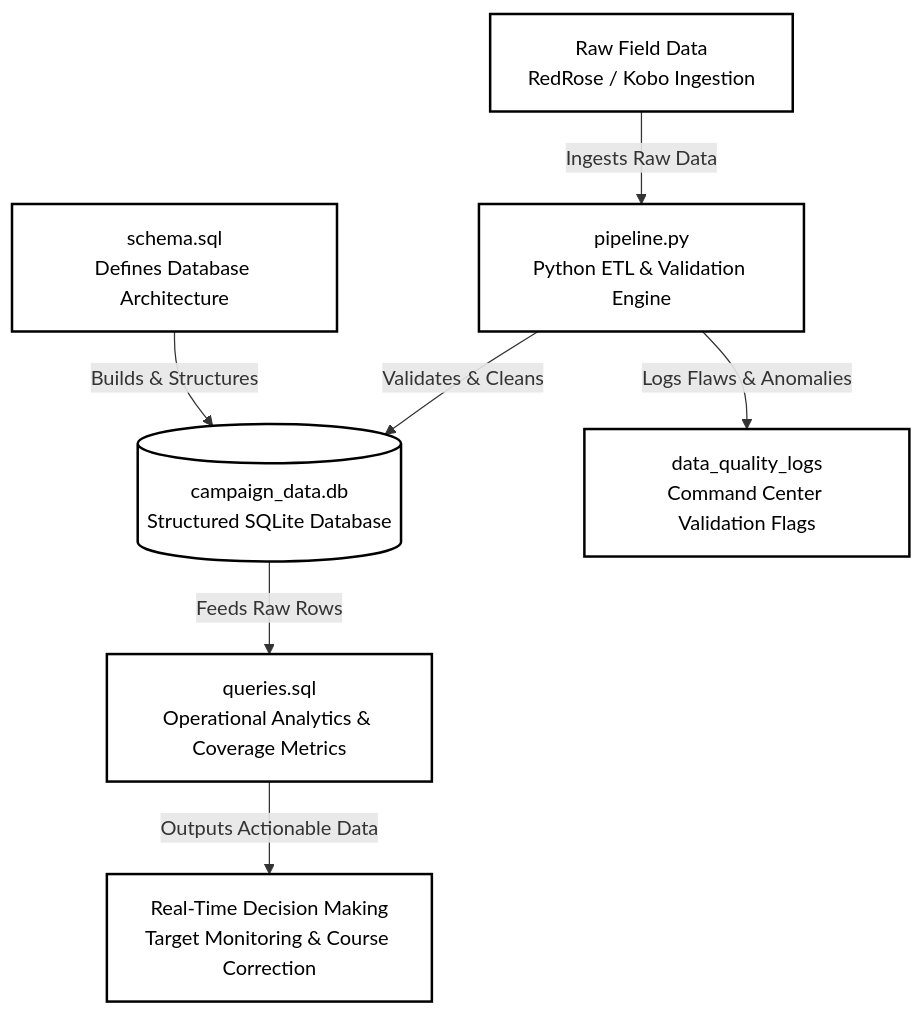
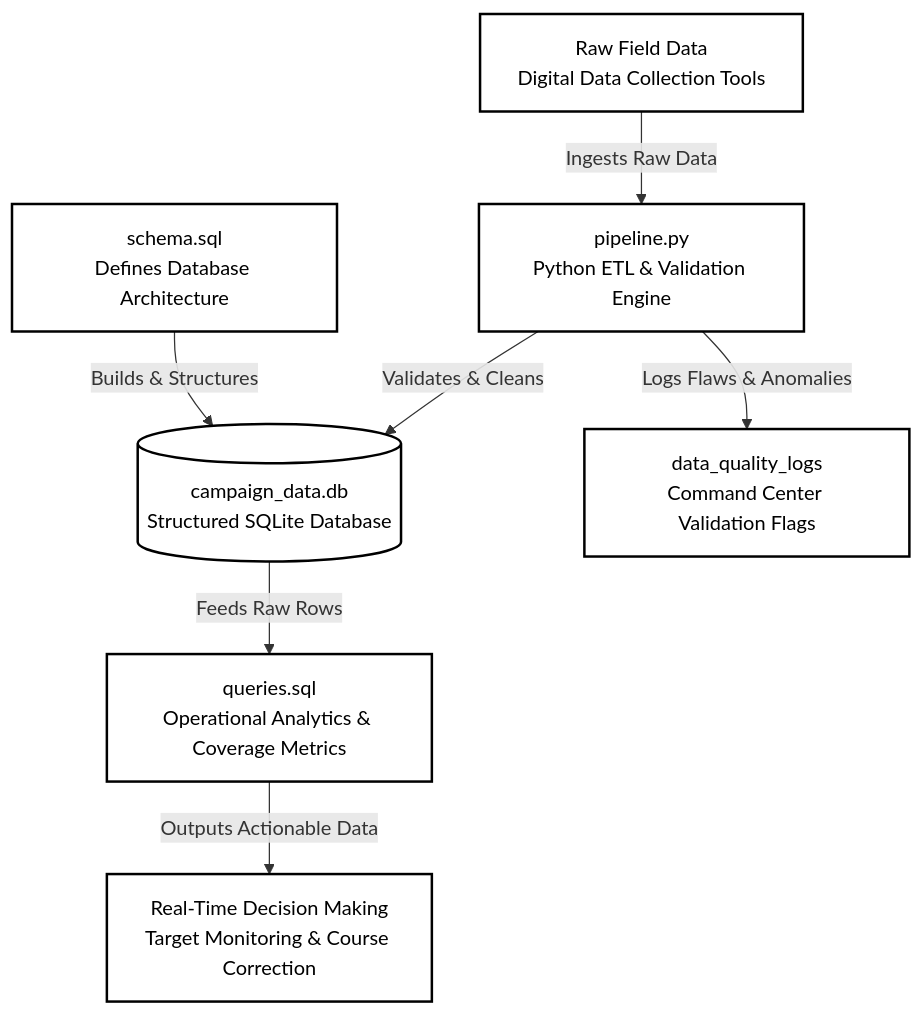
The diagram in README.md (teslim-ogundele/malaria-campaign-analytics), drawn with Mermaid before and after one commit.

````diff
--- a/README.md
+++ b/README.md
@@ -4,19 +4,19 @@
 ```mermaid
 graph TD
     classDef bwStyle fill:#fff,stroke:#000,stroke-width:2px,color:#000;
     
     A[schema.sql<br>Defines Database Architecture]:::bwStyle
-    B[Raw Field Data<br>RedRose / Kobo Ingestion]:::bwStyle
+    B[Raw Field Data<br>Digital Data Collection Tools]:::bwStyle
     C[pipeline.py<br>Python ETL & Validation Engine]:::bwStyle
     D[(campaign_data.db<br>Structured SQLite Database)]:::bwStyle
     E[data_quality_logs<br>Command Center Validation Flags]:::bwStyle
     F[queries.sql<br>Operational Analytics & Coverage Metrics]:::bwStyle
     G[Real-Time Decision Making<br>Target Monitoring & Course Correction]:::bwStyle
 
     A -->|Builds & Structures| D
     B -->|Ingests Raw Data| C
     C -->|Validates & Cleans| D
     C -->|Logs Flaws & Anomalies| E
     D -->|Feeds Raw Rows| F
     F -->|Outputs Actionable Data| G
 ```    
````
